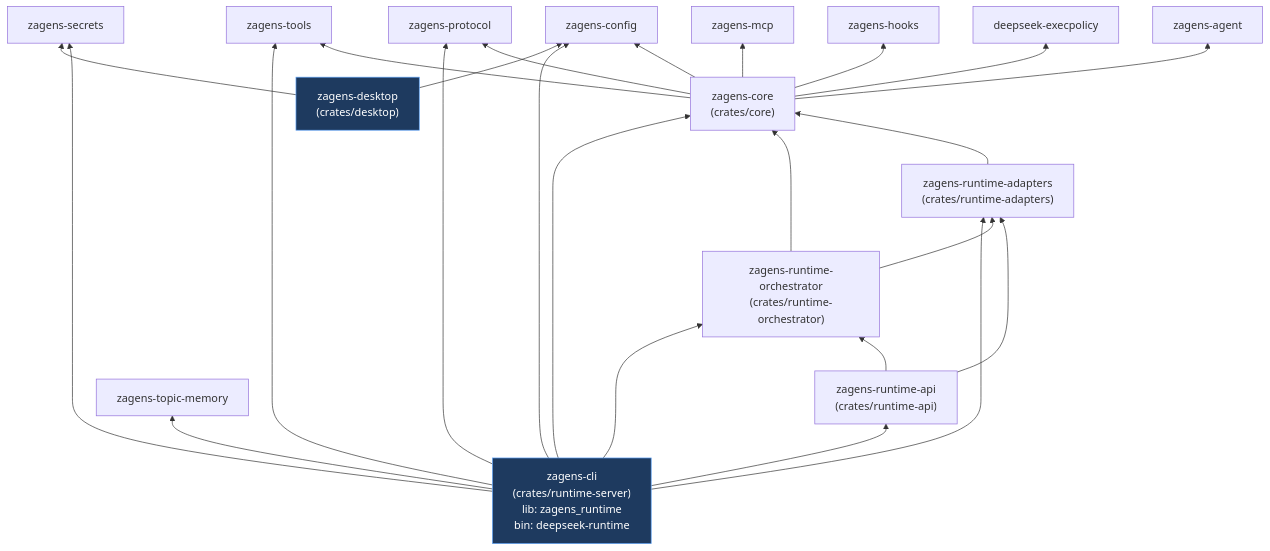
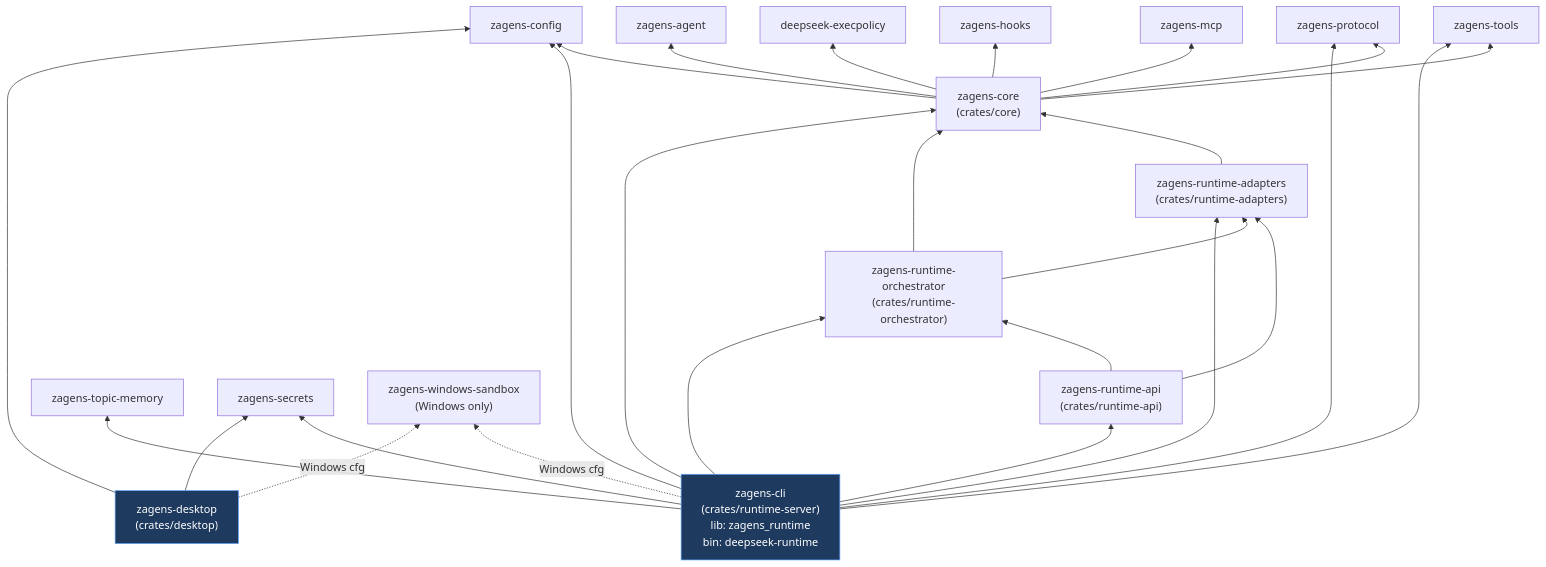
Before and after one commit to didclawapp-ai/zagens: the fourth of 6 diagrams in docs/tech/RUNTIME_ARCHITECTURE.md, drawn with Mermaid. The commit also changed other lines of this file and 3 other files, not shown here.

````diff
--- a/docs/tech/RUNTIME_ARCHITECTURE.md
+++ b/docs/tech/RUNTIME_ARCHITECTURE.md
@@ -337,47 +335,50 @@
 ```mermaid
 flowchart BT
     DESK["zagens-desktop<br/>(crates/desktop)"]
     RT["zagens-cli<br/>(crates/runtime-server)<br/>lib: zagens_runtime<br/>bin: deepseek-runtime"]
     RTAPI["zagens-runtime-api<br/>(crates/runtime-api)"]
     RTO["zagens-runtime-orchestrator<br/>(crates/runtime-orchestrator)"]
     RTAD["zagens-runtime-adapters<br/>(crates/runtime-adapters)"]
     CORE["zagens-core<br/>(crates/core)"]
     TM["zagens-topic-memory"]
     PROTO["zagens-protocol"]
     CFG["zagens-config"]
     SEC["zagens-secrets"]
     TOOLS["zagens-tools"]
     AGENT["zagens-agent"]
     EXEC["deepseek-execpolicy"]
     HOOKS["zagens-hooks"]
     MCP["zagens-mcp"]
+    WSB["zagens-windows-sandbox<br/>(Windows only)"]
 
     DESK --> CFG
     DESK --> SEC
+    DESK -. "Windows cfg" .-> WSB
 
     RT --> RTAPI
     RT --> RTO
     RT --> RTAD
     RT --> CORE
     RT --> CFG
     RT --> SEC
     RT --> PROTO
     RT --> TOOLS
     RT --> TM
+    RT -. "Windows cfg" .-> WSB
     RTO --> RTAD
     RTO --> CORE
     RTAPI --> RTAD
     RTAPI --> RTO
     RTAD --> CORE
 
     CORE --> AGENT
     CORE --> CFG
     CORE --> EXEC
     CORE --> HOOKS
     CORE --> MCP
     CORE --> PROTO
     CORE --> TOOLS
 
     classDef product fill:#1e3a5f,stroke:#60a5fa,color:#fff
     class DESK,RT product
 ```
````
